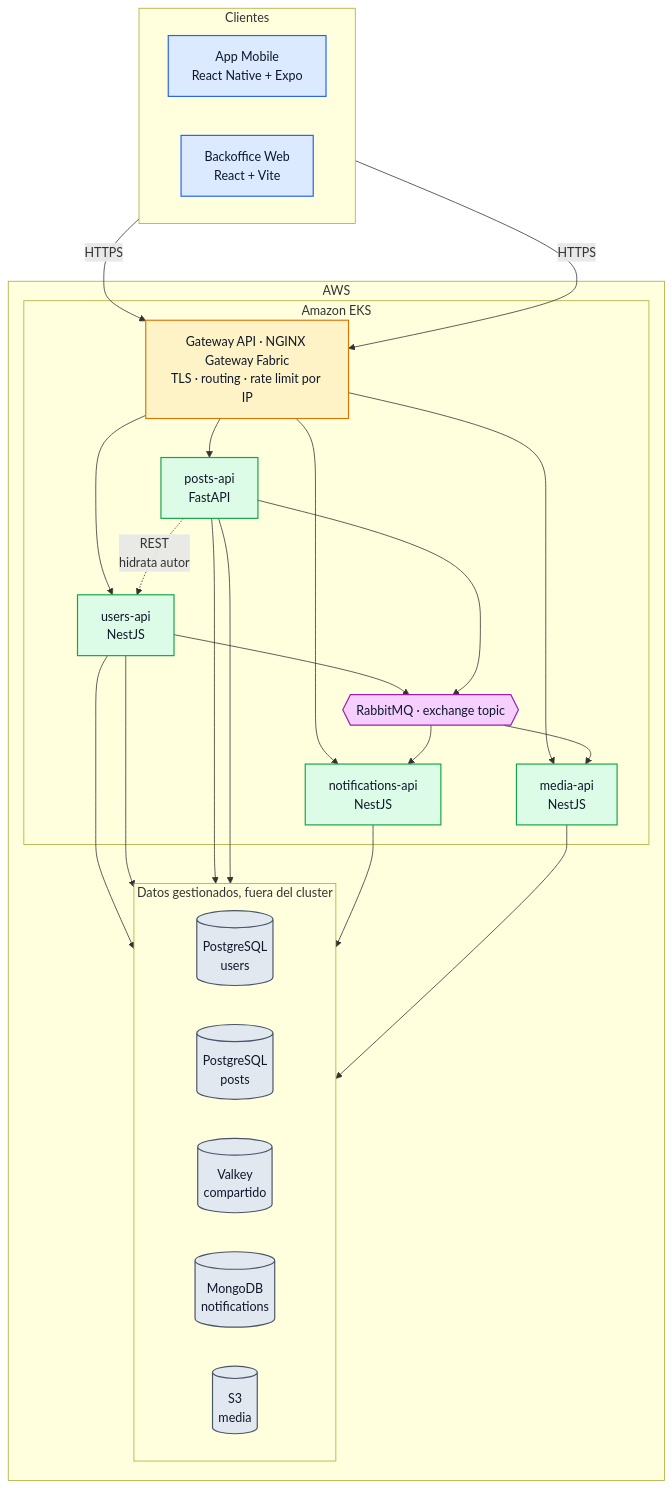
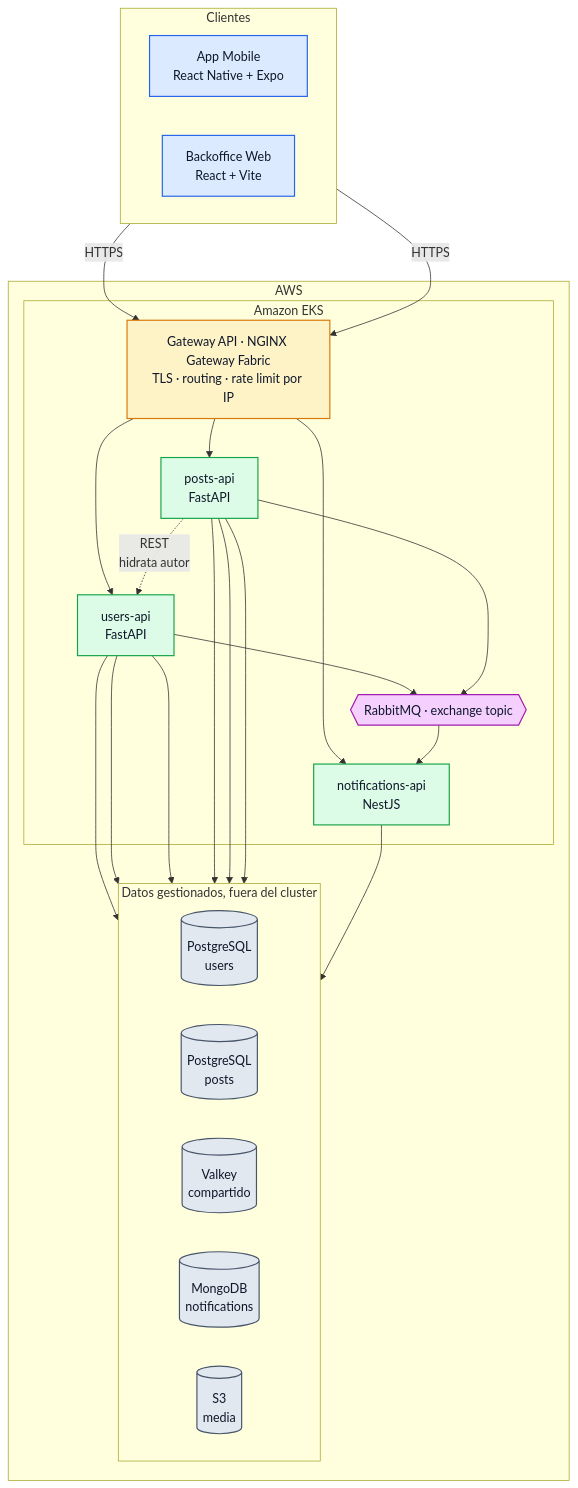
The second of 7 diagrams in docs/ARQUITECTURA.md (tds-g3-2s2026/udesa-x-platform), drawn with Mermaid before and after one commit. The commit also changed other lines of this file and 19 other files, not shown here.

````diff
--- a/docs/ARQUITECTURA.md
+++ b/docs/ARQUITECTURA.md
@@ -149,53 +173,51 @@
 ```mermaid
 flowchart TB
     subgraph clientes["Clientes"]
         direction LR
         MOB["App Mobile<br/>React Native + Expo"]
         BO["Backoffice Web<br/>React + Vite"]
     end
     subgraph aws["AWS"]
         subgraph eks["Amazon EKS"]
             ING["Gateway API · NGINX Gateway Fabric<br/>TLS · routing · rate limit por IP"]
-            USR["users-api<br/>NestJS"]
+            USR["users-api<br/>FastAPI"]
             PST["posts-api<br/>FastAPI"]
             NTF["notifications-api<br/>NestJS"]
-            MED["media-api<br/>NestJS"]
             MQ{{"RabbitMQ · exchange topic"}}
         end
         subgraph datos["Datos gestionados, fuera del cluster"]
             direction LR
             PGU[("PostgreSQL<br/>users")]
             PGP[("PostgreSQL<br/>posts")]
             RED[("Valkey<br/>compartido")]
             MDB[("MongoDB<br/>notifications")]
             OBJ[("S3<br/>media")]
         end
     end
     MOB -->|HTTPS| ING
     BO -->|HTTPS| ING
     ING --> USR
     ING --> PST
     ING --> NTF
-    ING --> MED
     PST -.->|"REST<br/>hidrata autor"| USR
     USR --> MQ
     PST --> MQ
     MQ --> NTF
-    MQ --> MED
     USR --> PGU
     USR --> RED
+    USR --> OBJ
     PST --> PGP
     PST --> RED
+    PST --> OBJ
     NTF --> MDB
-    MED --> OBJ
     classDef cliente fill:#dbeafe,stroke:#2563eb,stroke-width:1.5px,color:#0f172a
     classDef borde fill:#fef3c7,stroke:#d97706,stroke-width:1.5px,color:#0f172a
     classDef svc fill:#dcfce7,stroke:#16a34a,stroke-width:1.5px,color:#0f172a
     classDef bus fill:#f5d0fe,stroke:#a21caf,stroke-width:1.5px,color:#0f172a
     classDef store fill:#e2e8f0,stroke:#475569,stroke-width:1.5px,color:#0f172a
     class MOB,BO cliente
     class ING borde
-    class USR,PST,NTF,MED svc
+    class USR,PST,NTF svc
     class MQ bus
     class PGU,PGP,RED,MDB,OBJ store
 ```
````
